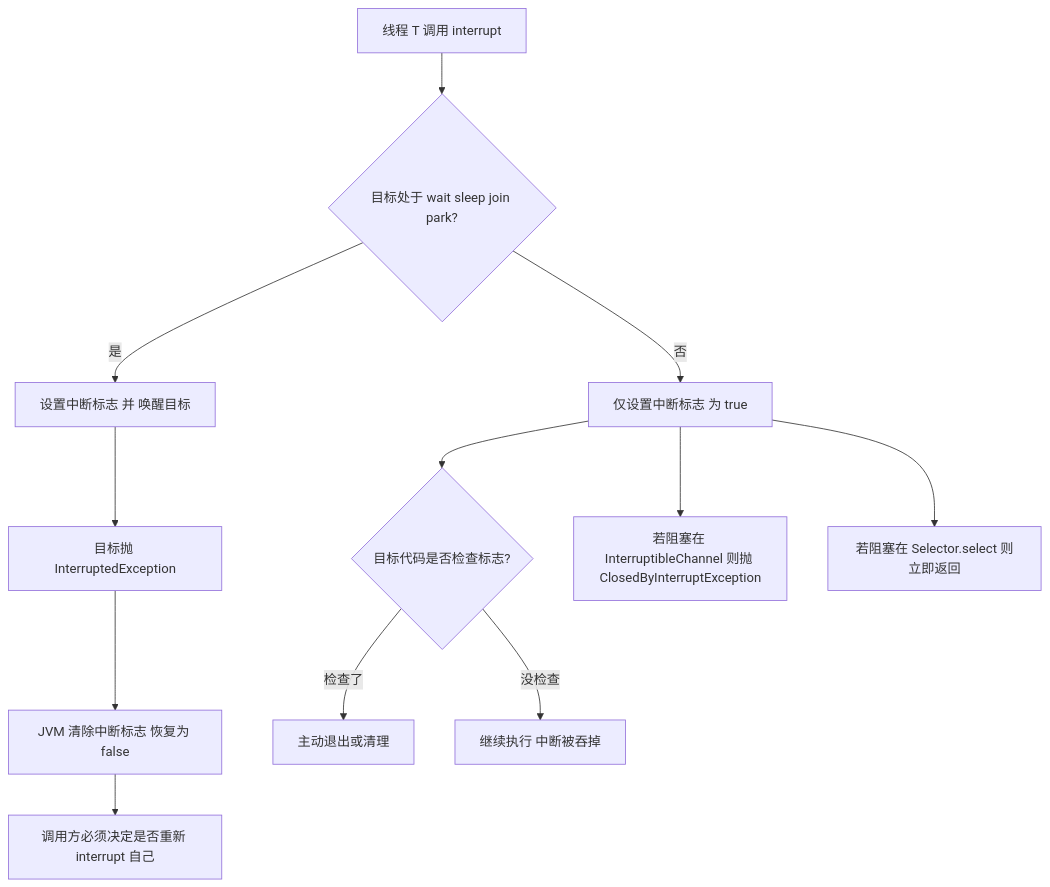
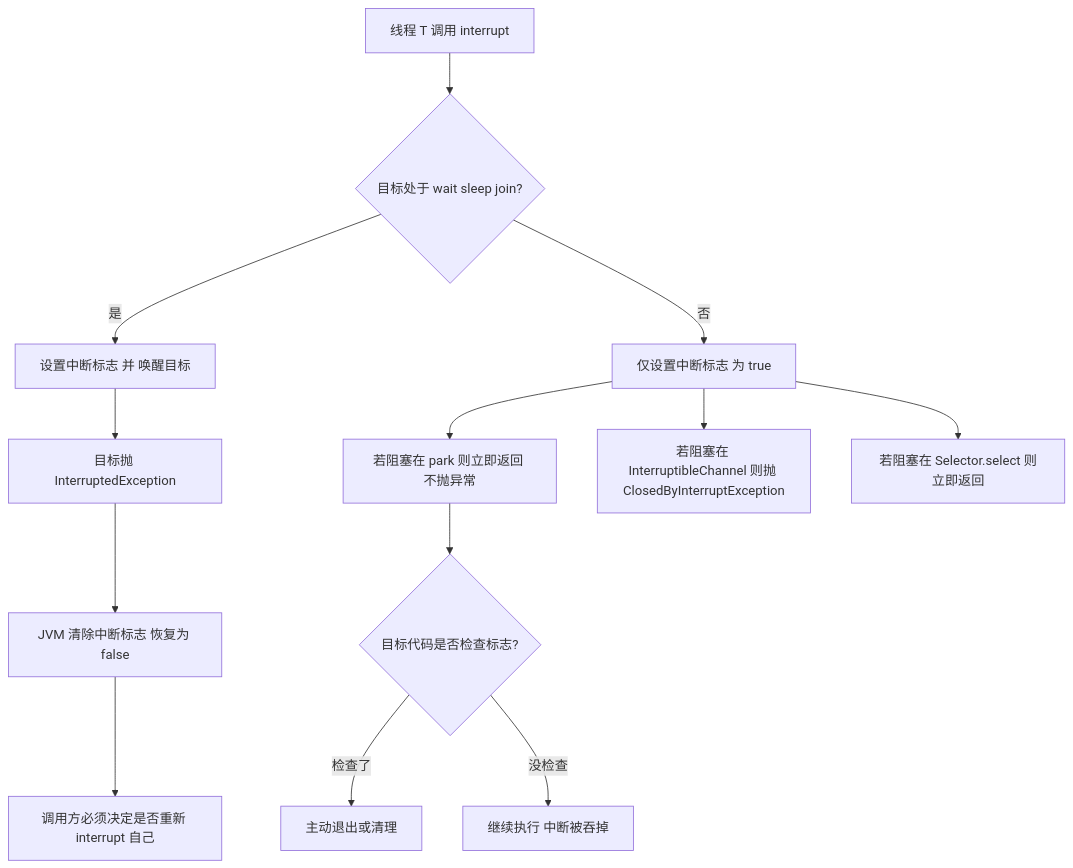
One commit to jacketan/java-interview changed the third of 8 diagrams in 02-concurrency/01-线程基础与JMM.md. Above: the diagram before and after it, drawn with Mermaid. The commit also changed other lines of this file and 38 other files, not shown here.

````diff
--- a/02-concurrency/01-线程基础与JMM.md
+++ b/02-concurrency/01-线程基础与JMM.md
@@ -217,14 +218,15 @@
 ```mermaid
 flowchart TD
-  A["线程 T 调用 interrupt"] --> B{"目标处于 wait sleep join park?"}
+  A["线程 T 调用 interrupt"] --> B{"目标处于 wait sleep join?"}
   B -->|"是"| C["设置中断标志 并 唤醒目标"]
   C --> D["目标抛 InterruptedException"]
   D --> E["JVM 清除中断标志 恢复为 false"]
   E --> F["调用方必须决定是否重新 interrupt 自己"]
   B -->|"否"| G["仅设置中断标志 为 true"]
-  G --> H{"目标代码是否检查标志?"}
+  G --> P["若阻塞在 park 则立即返回 不抛异常"]
+  P --> H{"目标代码是否检查标志?"}
   H -->|"检查了"| I["主动退出或清理"]
   H -->|"没检查"| J["继续执行 中断被吞掉"]
   G --> K["若阻塞在 InterruptibleChannel 则抛 ClosedByInterruptException"]
   G --> L["若阻塞在 Selector.select 则立即返回"]
 ```
````
